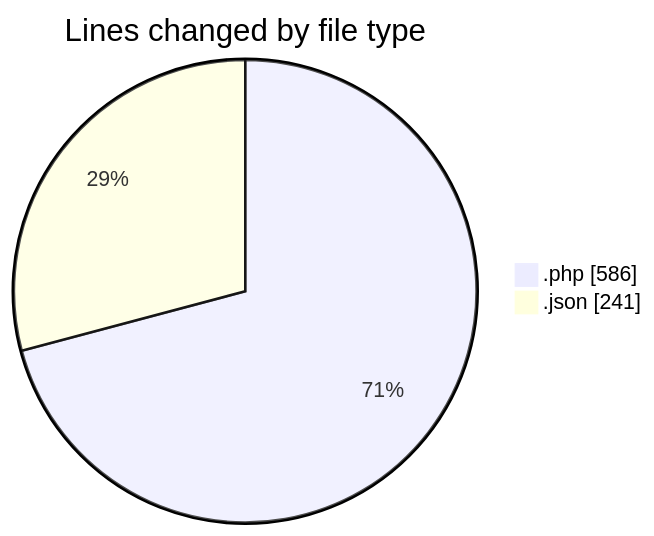
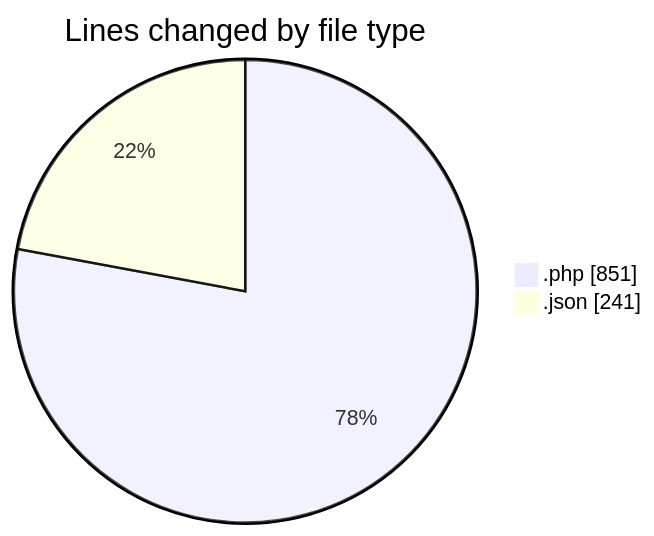
Before and after one commit to idhammustaqopulfikri/code-tracking: the first of 2 diagrams in 2025-03-28/autodidak/README.md, drawn with Mermaid. The commit also changed other lines of this file and 1 other file, not shown here.

````diff
--- a/2025-03-28/autodidak/README.md
+++ b/2025-03-28/autodidak/README.md
@@ -27,6 +27,6 @@
 ```mermaid
 pie showData
 title Lines changed by file type
-".php" : 586
+".php" : 851
 ".json" : 241
 ```
````
